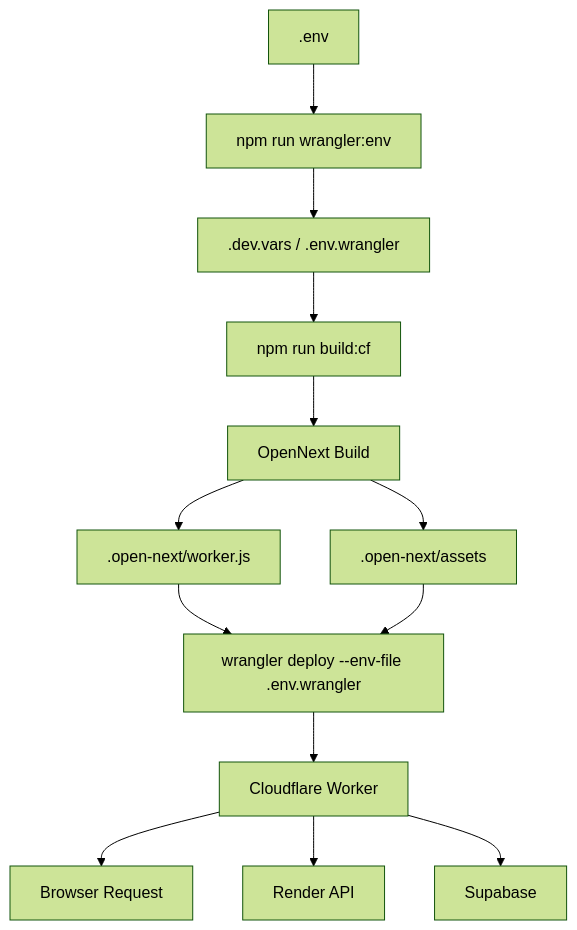
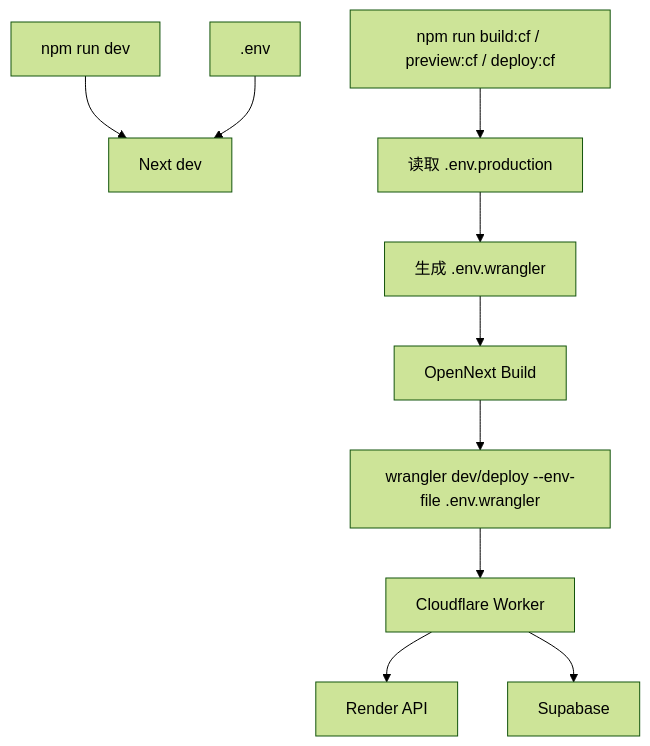
The diagram in docs/deploy.md (wangjpLancelote/RSS-bot), drawn with Mermaid (forest theme) before and after one commit. The commit also changed other lines of this file and 11 other files, not shown here.

````diff
--- a/docs/deploy.md
+++ b/docs/deploy.md
@@ -17,15 +17,13 @@
 ```mermaid
 flowchart TD
-  A[".env"] --> B["npm run wrangler:env"]
-  B --> C[".dev.vars / .env.wrangler"]
-  C --> D["npm run build:cf"]
-  D --> E["OpenNext Build"]
-  E --> F[".open-next/worker.js"]
-  E --> G[".open-next/assets"]
-  F --> H["wrangler deploy --env-file .env.wrangler"]
-  G --> H
+  A["npm run dev"] --> B["Next dev"]
+  C[".env"] --> B
+
+  D["npm run build:cf / preview:cf / deploy:cf"] --> E["读取 .env.production"]
+  E --> F["生成 .env.wrangler"]
+  F --> G["OpenNext Build"]
+  G --> H["wrangler dev/deploy --env-file .env.wrangler"]
   H --> I["Cloudflare Worker"]
-  I --> J["Browser Request"]
-  I --> K["Render API"]
-  I --> L["Supabase"]
+  I --> J["Render API"]
+  I --> K["Supabase"]
 ```
````
